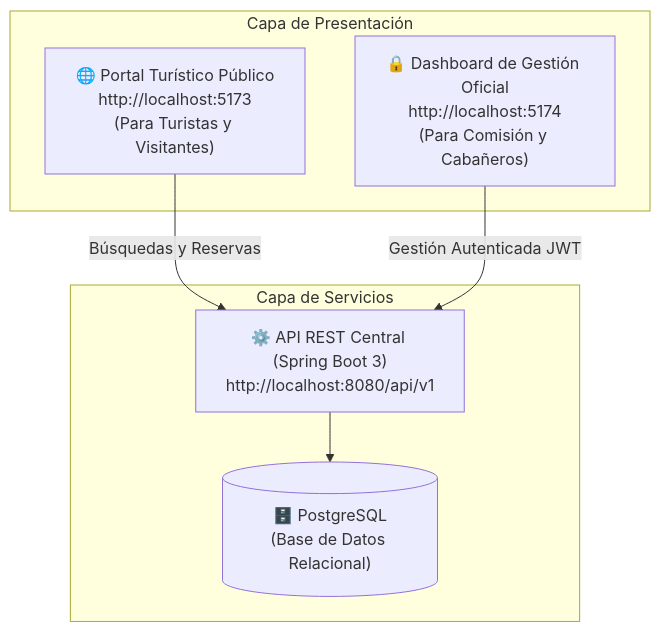
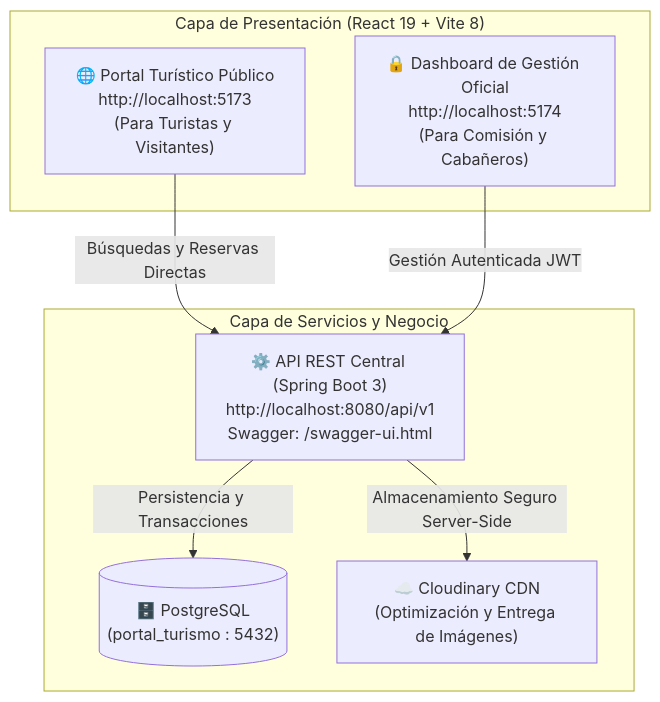
Before and after one commit to Tiag4/Turismo-Capilla: the first of 3 diagrams in docs/user-manual.md, drawn with Mermaid. The commit also changed other lines of this file and 7 other files, not shown here.

````diff
--- a/docs/user-manual.md
+++ b/docs/user-manual.md
@@ -55,14 +58,16 @@
 ```mermaid
 flowchart TD
-    subgraph Frontend["Capa de Presentación"]
+    subgraph Frontend["Capa de Presentación (React 19 + Vite 8)"]
         Portal["🌐 Portal Turístico Público\nhttp://localhost:5173\n(Para Turistas y Visitantes)"]
         Dashboard["🔒 Dashboard de Gestión Oficial\nhttp://localhost:5174\n(Para Comisión y Cabañeros)"]
     end
-    subgraph Backend["Capa de Servicios"]
-        API["⚙️ API REST Central (Spring Boot 3)\nhttp://localhost:8080/api/v1"]
-        DB[("🗄️ PostgreSQL\n(Base de Datos Relacional)")]
+    subgraph Backend["Capa de Servicios y Negocio"]
+        API["⚙️ API REST Central (Spring Boot 3)\nhttp://localhost:8080/api/v1\nSwagger: /swagger-ui.html"]
+        DB[("🗄️ PostgreSQL\n(portal_turismo : 5432)")]
+        CDN["☁️ Cloudinary CDN\n(Optimización y Entrega de Imágenes)"]
     end
-    Portal -->|Búsquedas y Reservas| API
+    Portal -->|Búsquedas y Reservas Directas| API
     Dashboard -->|Gestión Autenticada JWT| API
-    API --> DB
+    API -->|Persistencia y Transacciones| DB
+    API -->|Almacenamiento Seguro Server-Side| CDN
 ```
````
